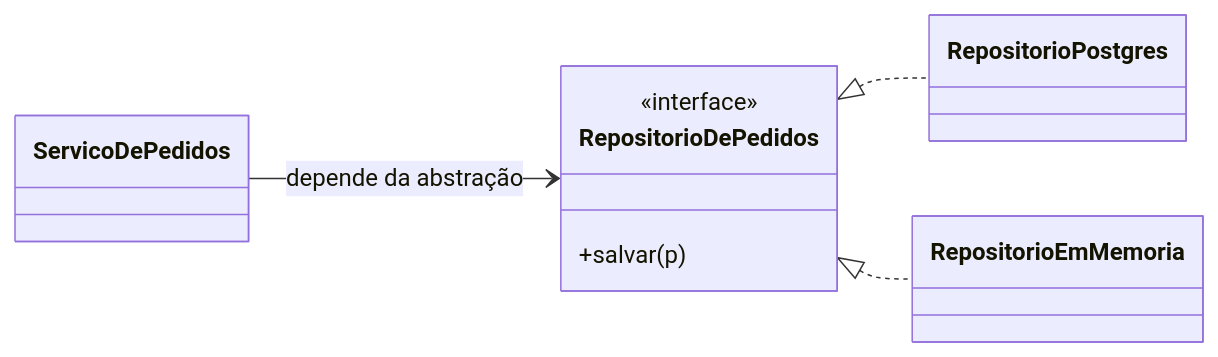
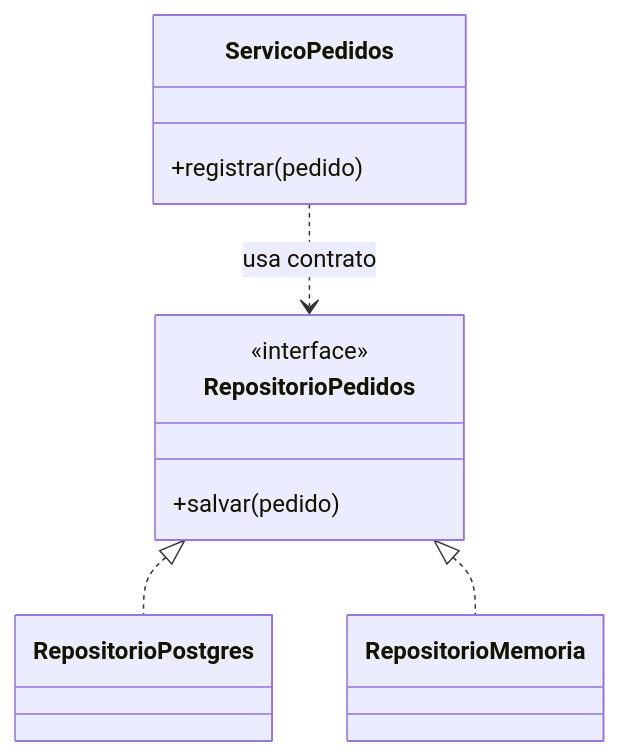
Before and after one commit to pedrotescaro/Stacklyst: the diagram in content/enade/poo/principios-solid.md, drawn with Mermaid. The commit also changed other lines of this file and 84 other files, not shown here.

Commit message:
feat(enade): redraw study library diagrams

````diff
--- a/content/enade/poo/principios-solid.md
+++ b/content/enade/poo/principios-solid.md
@@ -112,14 +112,16 @@
-```mermaid Inversão de dependência
+```mermaid Dependências de um serviço de pedidos
 classDiagram
-  direction LR
-  class ServicoDePedidos
-  class RepositorioDePedidos {
+  direction TB
+  class ServicoPedidos {
+    +registrar(pedido)
+  }
+  class RepositorioPedidos {
     <<interface>>
-    +salvar(p)
+    +salvar(pedido)
   }
   class RepositorioPostgres
-  class RepositorioEmMemoria
-  ServicoDePedidos --> RepositorioDePedidos : depende da abstração
-  RepositorioDePedidos <|.. RepositorioPostgres
-  RepositorioDePedidos <|.. RepositorioEmMemoria
+  class RepositorioMemoria
+  ServicoPedidos ..> RepositorioPedidos : usa contrato
+  RepositorioPedidos <|.. RepositorioPostgres
+  RepositorioPedidos <|.. RepositorioMemoria
 ```
````
